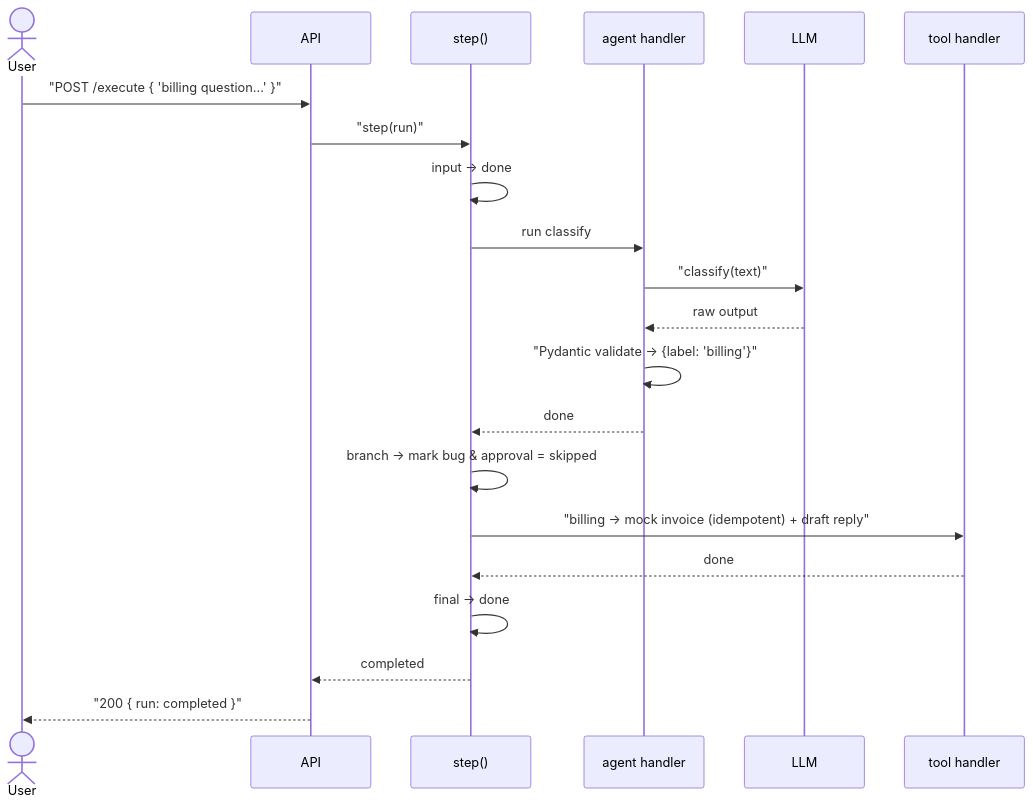
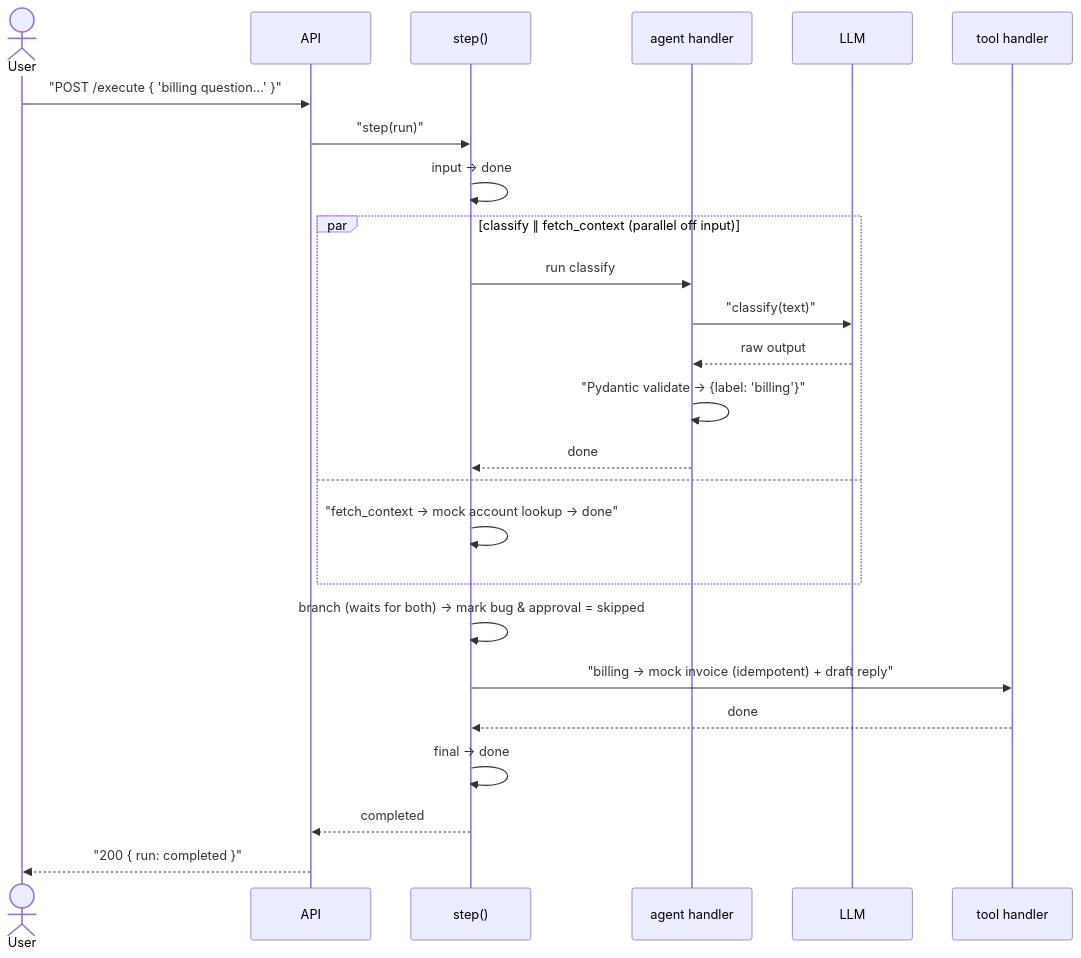
One commit to Aryanshaw/agentic-dag changed the third of 6 diagrams in docs/flow.md. Above: the diagram before and after it, drawn with Mermaid. The commit also changed other lines of this file and 12 other files, not shown here.

````diff
--- a/docs/flow.md
+++ b/docs/flow.md
@@ -49,24 +49,28 @@
 ```mermaid
 sequenceDiagram
     actor User
     participant API
     participant Exec as step()
     participant Agent as agent handler
     participant LLM
     participant Tool as tool handler
 
     User->>API: "POST /execute { 'billing question...' }"
     API->>Exec: "step(run)"
     Exec->>Exec: input → done
-    Exec->>Agent: run classify
-    Agent->>LLM: "classify(text)"
-    LLM-->>Agent: raw output
-    Agent->>Agent: "Pydantic validate → {label: 'billing'}"
-    Agent-->>Exec: done
-    Exec->>Exec: branch → mark bug & approval = skipped
+    par classify ∥ fetch_context (parallel off input)
+        Exec->>Agent: run classify
+        Agent->>LLM: "classify(text)"
+        LLM-->>Agent: raw output
+        Agent->>Agent: "Pydantic validate → {label: 'billing'}"
+        Agent-->>Exec: done
+    and
+        Exec->>Exec: "fetch_context → mock account lookup → done"
+    end
+    Exec->>Exec: branch (waits for both) → mark bug & approval = skipped
     Exec->>Tool: "billing → mock invoice (idempotent) + draft reply"
     Tool-->>Exec: done
     Exec->>Exec: final → done
     Exec-->>API: completed
     API-->>User: "200 { run: completed }"
 ```
````
